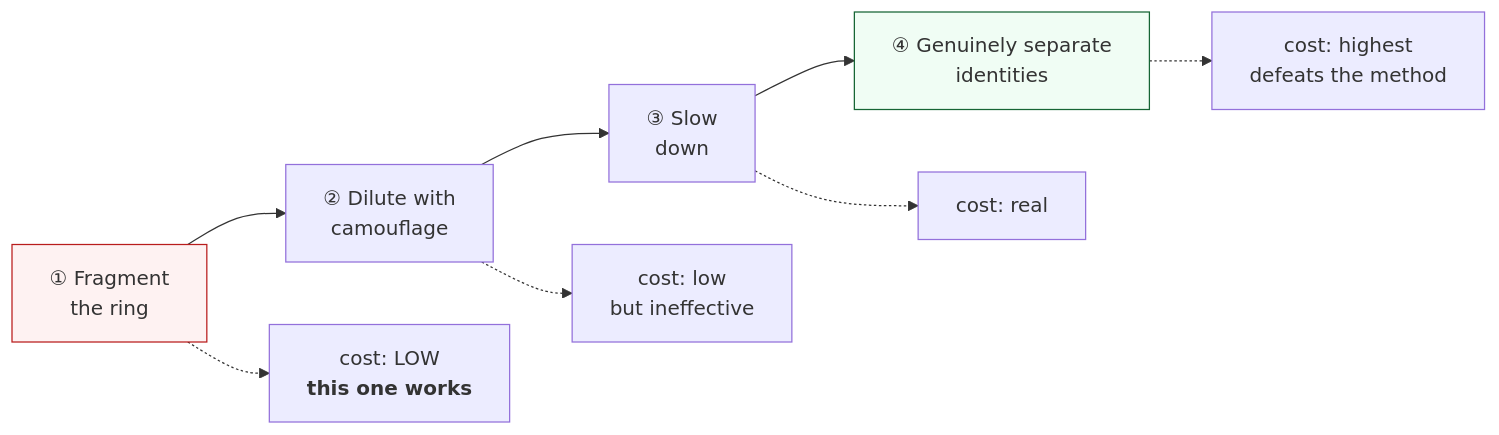
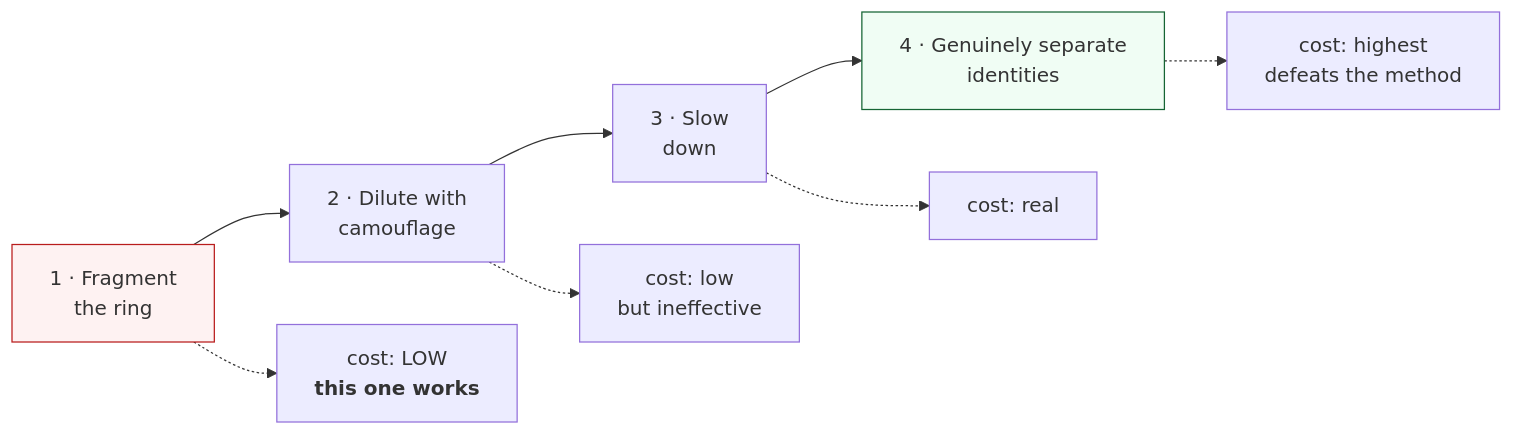
The diagram in docs/threat-model.md (adarshcod30/Orbweaver), drawn with Mermaid before and after one commit. The commit also changed other lines of this file and 8 other files, not shown here.

````diff
--- a/docs/threat-model.md
+++ b/docs/threat-model.md
@@ -37,10 +37,10 @@
 ```mermaid
 flowchart LR
-    A["① Fragment<br/>the ring"] --> B["② Dilute with<br/>camouflage"] --> C["③ Slow<br/>down"] --> D["④ Genuinely separate<br/>identities"]
+    A["1 · Fragment<br/>the ring"] --> B["2 · Dilute with<br/>camouflage"] --> C["3 · Slow<br/>down"] --> D["4 · Genuinely separate<br/>identities"]
     A -.-> A1["cost: LOW<br/><b>this one works</b>"]
     B -.-> B1["cost: low<br/>but ineffective"]
     C -.-> C1["cost: real"]
     D -.-> D1["cost: highest<br/>defeats the method"]
     style A fill:#fef2f2,stroke:#b91c1c
     style D fill:#f0fdf4,stroke:#166534
 ```
````
